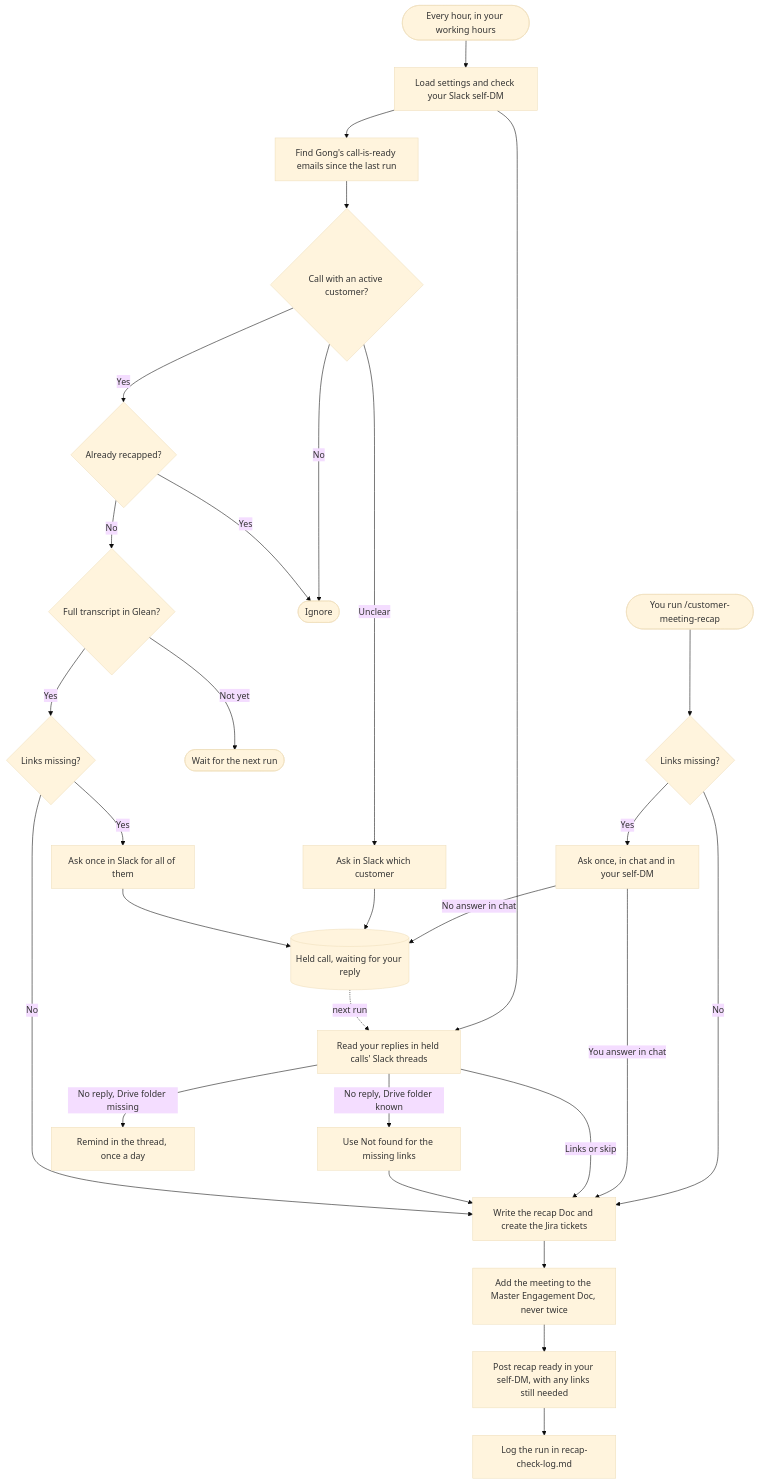
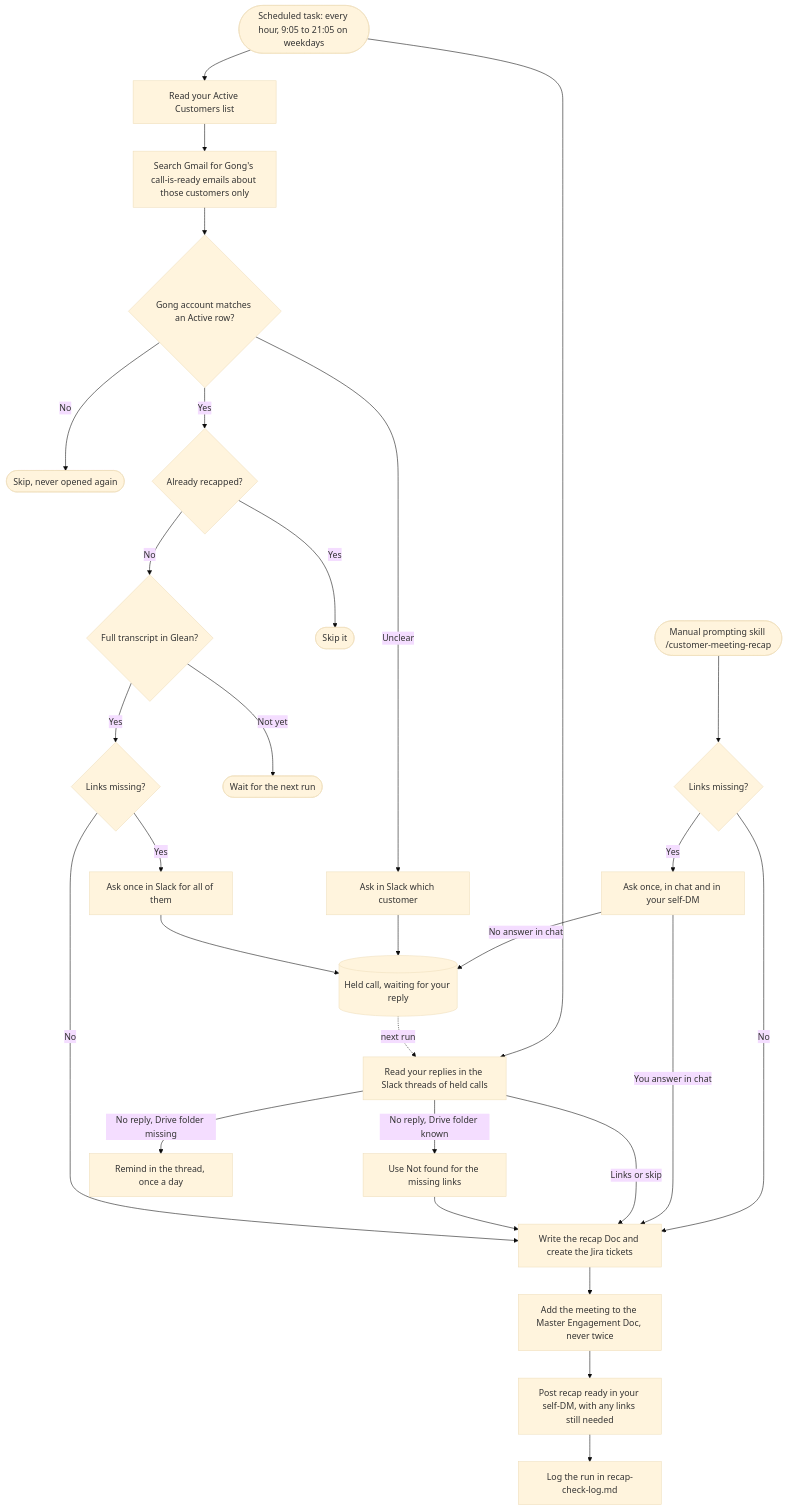
One commit to maya-sandler/ai-sa-skills changed the diagram in README.md. Above: the diagram before and after it, drawn with Mermaid (base theme). The commit also changed other lines of this file and 1 other file, not shown here.

Commit message:
Recap check: search Gong emails only for active customers; run until 21:05; clearer flowchart

````diff
--- a/README.md
+++ b/README.md
@@ -132,28 +135,28 @@
 ```mermaid
 flowchart TD
-    T([Every hour, in your working hours]) --> S[Load settings and check your Slack self-DM]
-    M([You run /customer-meeting-recap]) --> MA{Links missing?}
+    T([Scheduled task: every hour, 9:05 to 21:05 on weekdays]) --> AC[Read your Active Customers list]
+    T --> A[Read your replies in the Slack threads of held calls]
+    M([Manual prompting skill /customer-meeting-recap]) --> MA{Links missing?}
     MA -- No --> R
     MA -- Yes --> MQ[Ask once, in chat and in your self-DM]
     MQ -- You answer in chat --> R
     MQ -- No answer in chat --> H
-    S --> A[Read your replies in held calls' Slack threads]
     A -- Links or skip --> R
     A -- No reply, Drive folder known --> NF[Use Not found for the missing links] --> R
     A -- No reply, Drive folder missing --> RM[Remind in the thread, once a day]
-    S --> E[Find Gong's call-is-ready emails since the last run]
-    E --> C{Call with an active customer?}
-    C -- No --> X([Ignore])
+    AC --> E[Search Gmail for Gong's call-is-ready emails about those customers only]
+    E --> C{Gong account matches an Active row?}
+    C -- No --> X([Skip, never opened again])
     C -- Unclear --> Q1[Ask in Slack which customer] --> H
     C -- Yes --> D{Already recapped?}
-    D -- Yes --> X
+    D -- Yes --> X2([Skip it])
     D -- No --> TR{Full transcript in Glean?}
     TR -- Not yet --> W([Wait for the next run])
     TR -- Yes --> L{Links missing?}
     L -- No --> R
     L -- Yes --> Q2[Ask once in Slack for all of them] --> H[(Held call, waiting for your reply)]
     H -. next run .-> A
     R[Write the recap Doc and create the Jira tickets] --> SN[Add the meeting to the Master Engagement Doc, never twice]
     SN --> P[Post recap ready in your self-DM, with any links still needed]
     P --> LG[Log the run in recap-check-log.md]
 ```
````
